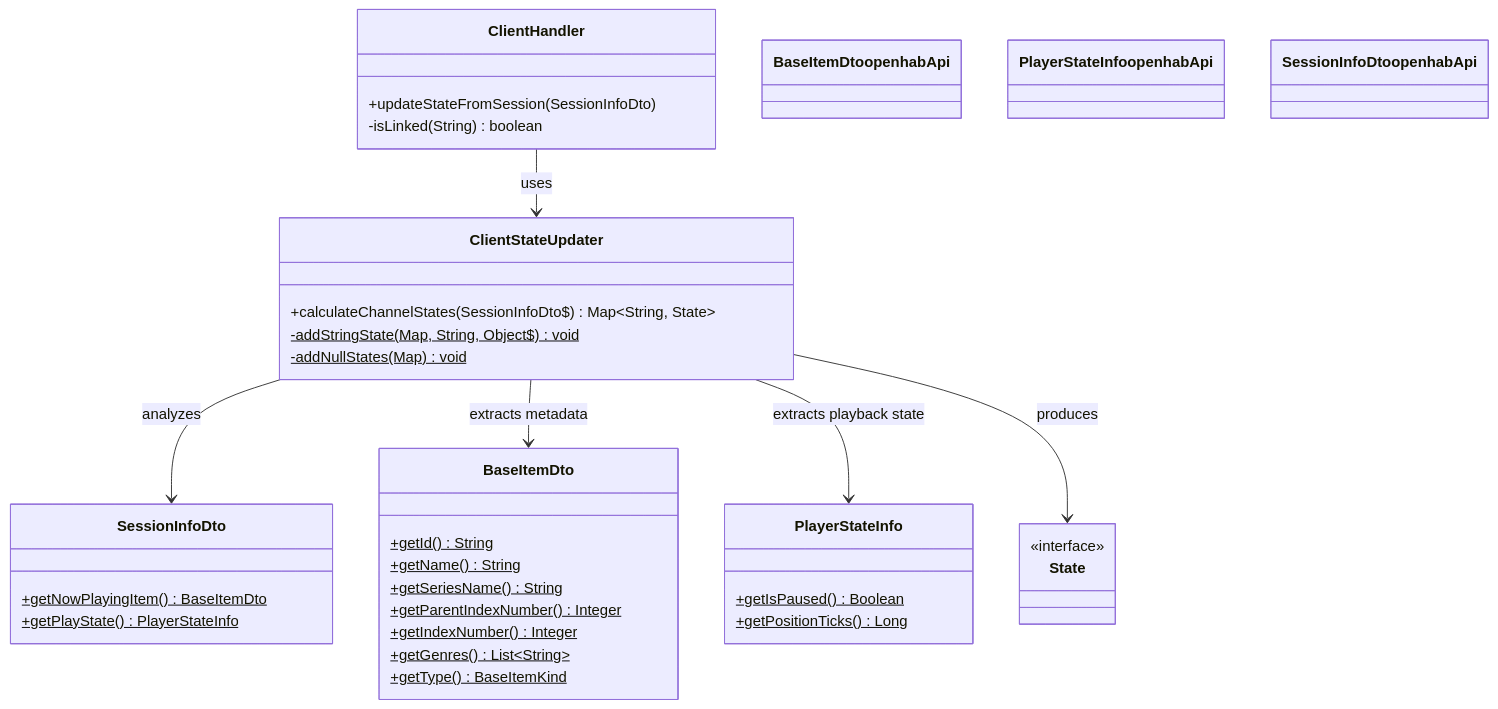
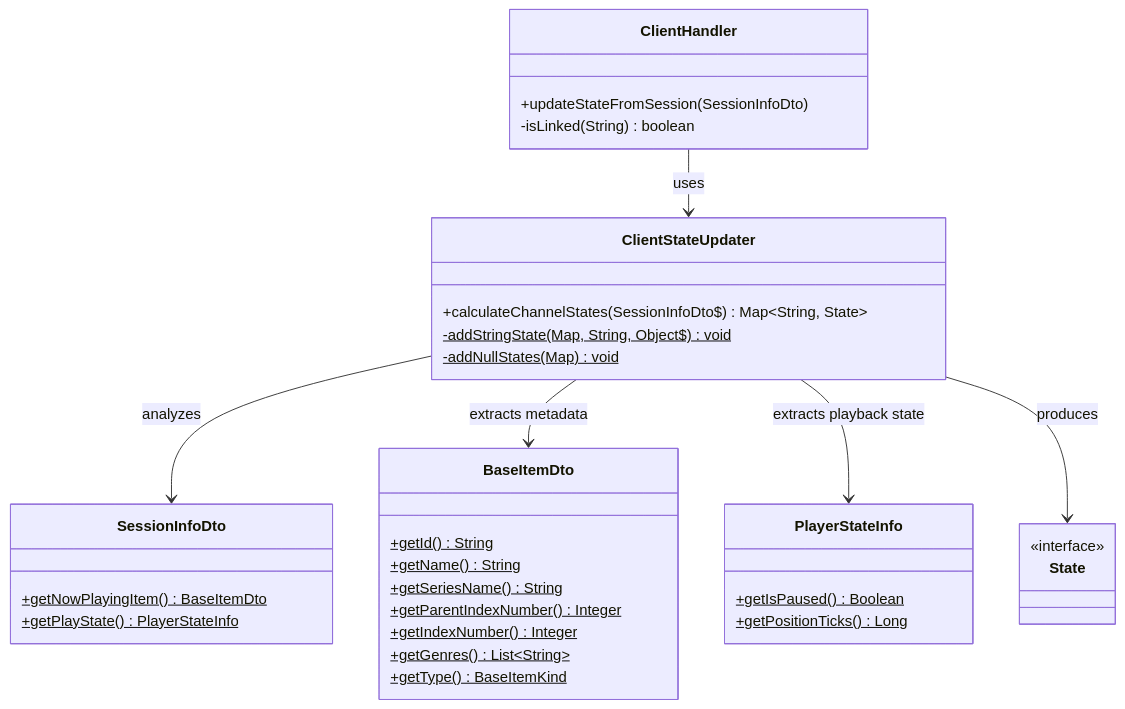
One commit to openhab/openhab-addons changed the first of 2 diagrams in bundles/org.openhab.binding.jellyfin/docs/architecture/state-calculation.md. Above: the diagram before and after it, drawn with Mermaid. The commit also changed 5 other files, not shown here.

First line of the commit message:
🐛 fix: Correct Mermaid cssClass syntax for color application

````diff
--- a/bundles/org.openhab.binding.jellyfin/docs/architecture/state-calculation.md
+++ b/bundles/org.openhab.binding.jellyfin/docs/architecture/state-calculation.md
@@ -14,49 +14,49 @@
 ```mermaid
 classDiagram
     ClientHandler --> ClientStateUpdater : uses
     ClientStateUpdater --> SessionInfoDto : analyzes
     ClientStateUpdater --> BaseItemDto : extracts metadata
     ClientStateUpdater --> PlayerStateInfo : extracts playback state
     ClientStateUpdater --> State : produces
 
     class ClientHandler {
         +updateStateFromSession(SessionInfoDto)
         -isLinked(String) boolean
     }
 
     class ClientStateUpdater {
         +calculateChannelStates(SessionInfoDto$) Map~String, State~
         -addStringState(Map, String, Object$) void$
         -addNullStates(Map) void$
     }
 
     class SessionInfoDto {
         +getNowPlayingItem() BaseItemDto$
         +getPlayState() PlayerStateInfo$
     }
 
     class BaseItemDto {
         +getId() String$
         +getName() String$
         +getSeriesName() String$
         +getParentIndexNumber() Integer$
         +getIndexNumber() Integer$
         +getGenres() List~String~$
         +getType() BaseItemKind$
     }
 
     class PlayerStateInfo {
         +getIsPaused() Boolean$
         +getPositionTicks() Long$
     }
 
     class State {
         <<interface>>
     }
 
     %% Color scheme for external libraries
     classDef openhabApi fill:#99dd99,stroke:#66bb66,color:#000
-    class BaseItemDto openhabApi
-    class PlayerStateInfo openhabApi
-    class SessionInfoDto openhabApi
+    cssClass "BaseItemDto" openhabApi
+    cssClass "PlayerStateInfo" openhabApi
+    cssClass "SessionInfoDto" openhabApi
 ```
````
